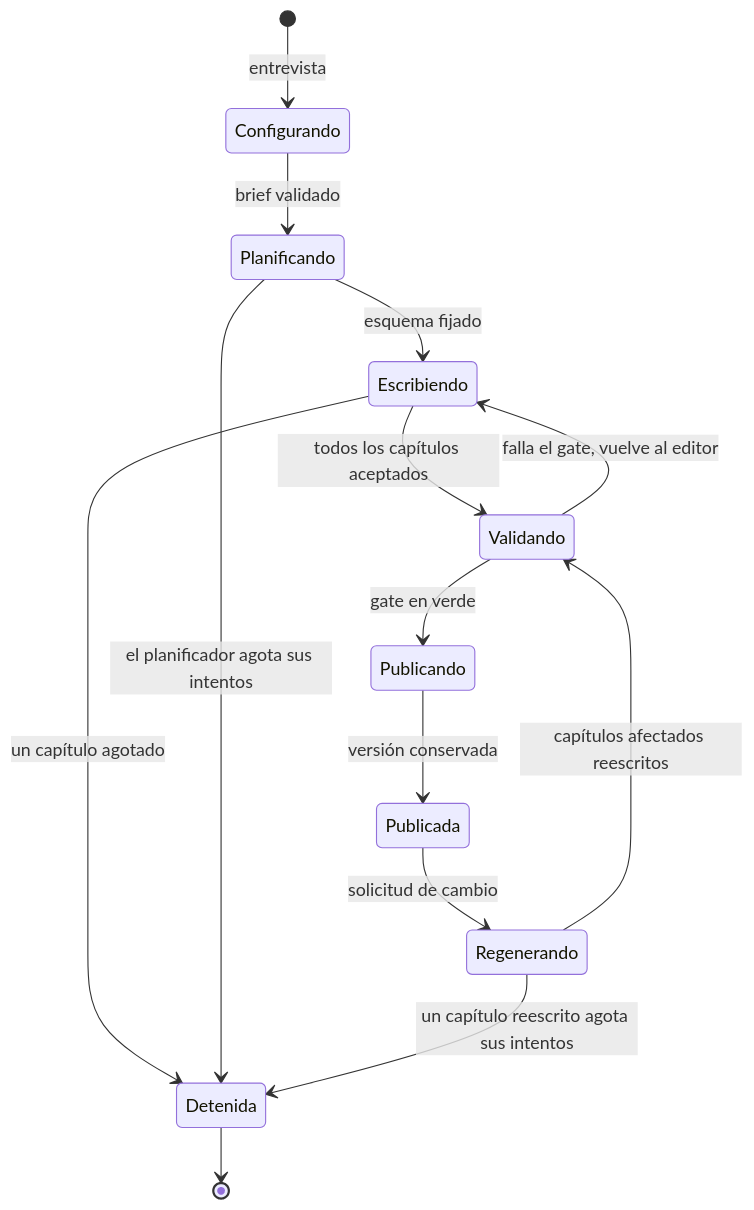
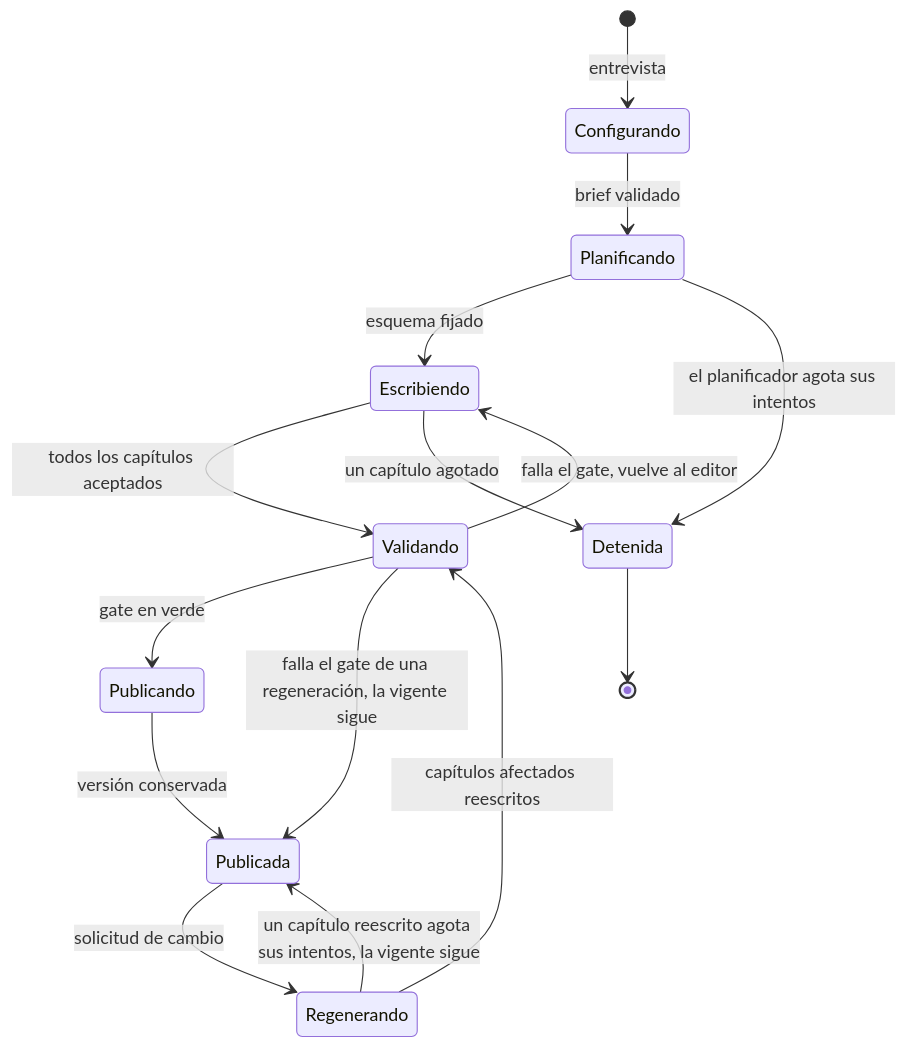
Diagram 19 of 23 in docs/domain-knowledge.md (BrunoCrz3/MyStory), drawn with Mermaid before and after one commit. The commit also changed other lines of this file and 22 other files, not shown here.

First line of the commit message:
Hacer que una regeneración fallida no modifique ninguna versión publicada

````diff
--- a/docs/domain-knowledge.md
+++ b/docs/domain-knowledge.md
@@ -408,16 +412,17 @@
 ```mermaid
 stateDiagram-v2
   [*] --> Configurando: entrevista
   Configurando --> Planificando: brief validado
   Planificando --> Escribiendo: esquema fijado
   Escribiendo --> Validando: todos los capítulos aceptados
   Escribiendo --> Detenida: un capítulo agotado
   Planificando --> Detenida: el planificador agota sus intentos
   Validando --> Publicando: gate en verde
   Validando --> Escribiendo: falla el gate, vuelve al editor
   Publicando --> Publicada: versión conservada
   Publicada --> Regenerando: solicitud de cambio
   Regenerando --> Validando: capítulos afectados reescritos
-  Regenerando --> Detenida: un capítulo reescrito agota sus intentos
+  Regenerando --> Publicada: un capítulo reescrito agota sus intentos, la vigente sigue
+  Validando --> Publicada: falla el gate de una regeneración, la vigente sigue
   Detenida --> [*]
 ```
````
